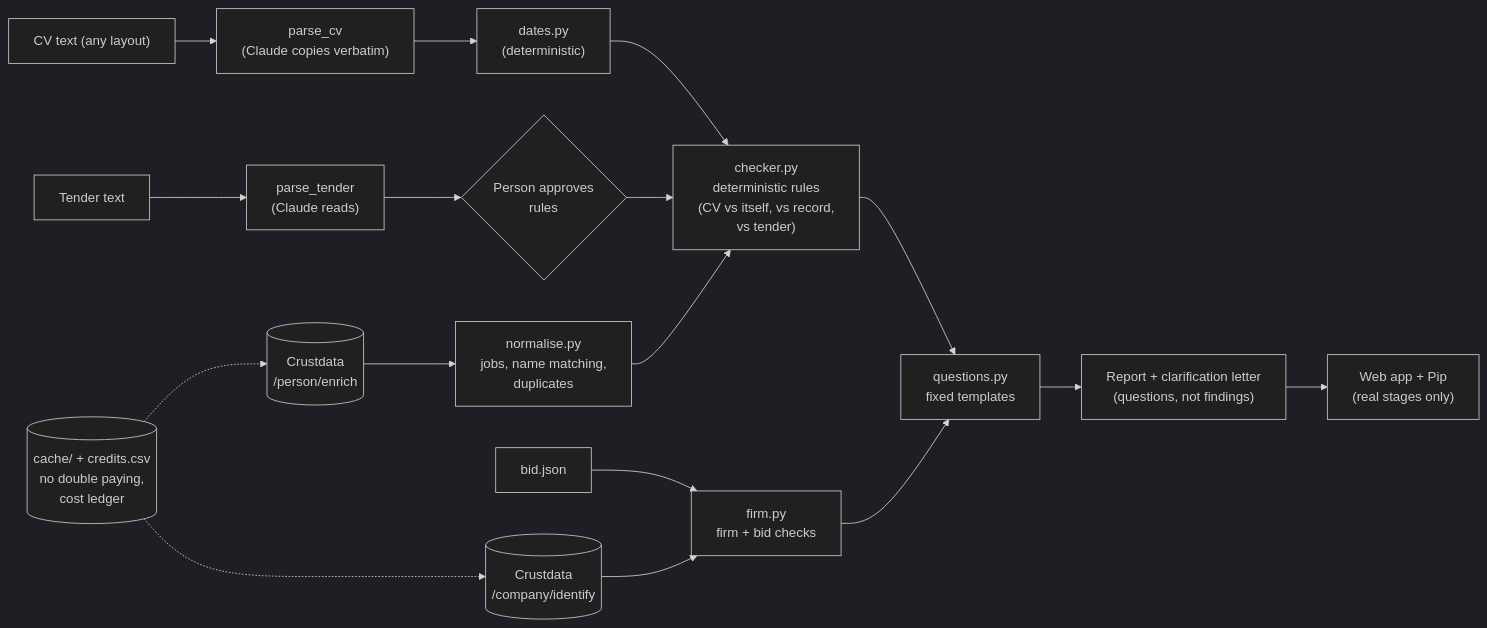
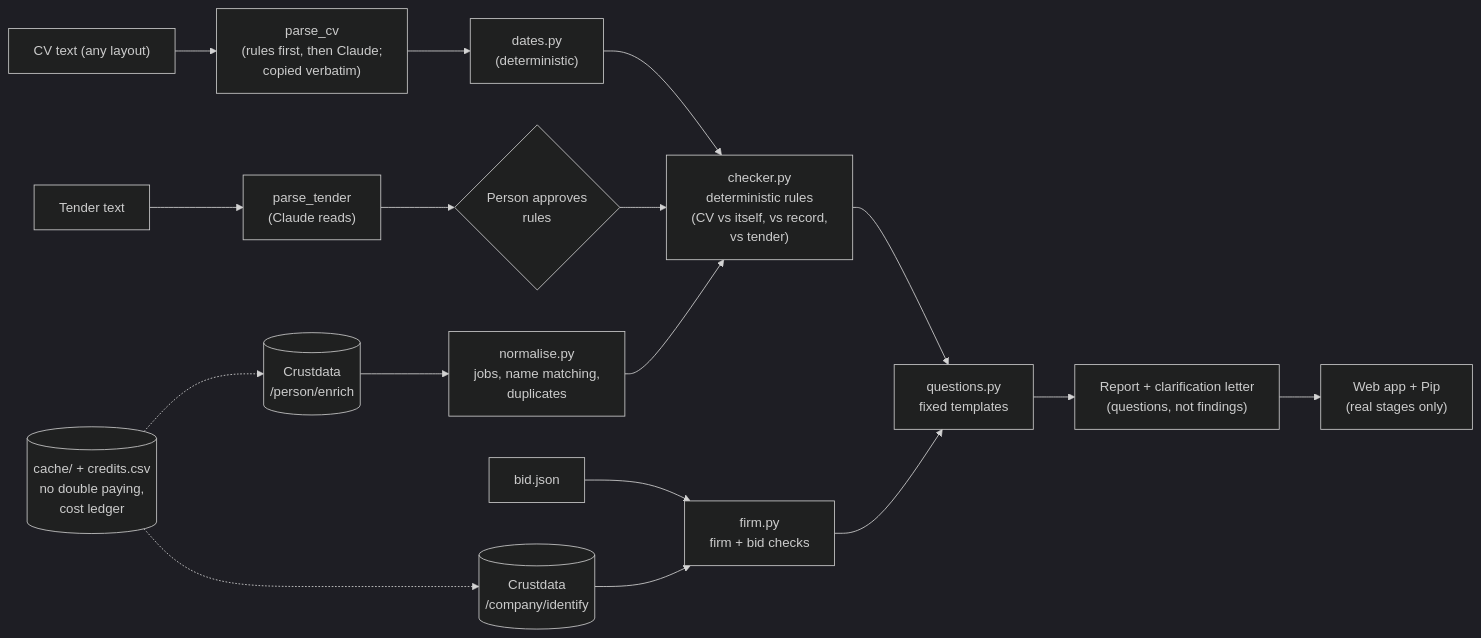
The diagram in README.md (Aaryan-2906/TrueNorth), drawn with Mermaid (dark theme) before and after one commit. The commit also changed other lines of this file and 12 other files, not shown here.

Commit message:
Add deterministic CV reader with Claude as fallback

````diff
--- a/README.md
+++ b/README.md
@@ -104,16 +104,16 @@
 ```mermaid
 flowchart LR
   T["Tender text"] --> PT["parse_tender<br/>(Claude reads)"] --> AP{"Person approves<br/>rules"}
-  CV["CV text (any layout)"] --> PC["parse_cv<br/>(Claude copies verbatim)"] --> D["dates.py<br/>(deterministic)"]
+  CV["CV text (any layout)"] --> PC["parse_cv<br/>(rules first, then Claude;<br/>copied verbatim)"] --> D["dates.py<br/>(deterministic)"]
   B["bid.json"] --> F
   D --> CHK
   AP --> CHK
   CD[("Crustdata<br/>/person/enrich")] --> N["normalise.py<br/>jobs, name matching,<br/>duplicates"] --> CHK
   CI[("Crustdata<br/>/company/identify")] --> F["firm.py<br/>firm + bid checks"]
   CHK["checker.py<br/>deterministic rules<br/>(CV vs itself, vs record,<br/>vs tender)"] --> Q["questions.py<br/>fixed templates"]
   F --> Q
   Q --> R["Report + clarification letter<br/>(questions, not findings)"]
   R --> UI["Web app + Pip<br/>(real stages only)"]
   CACHE[("cache/ + credits.csv<br/>no double paying,<br/>cost ledger")] -.-> CD
   CACHE -.-> CI
 ```
````
